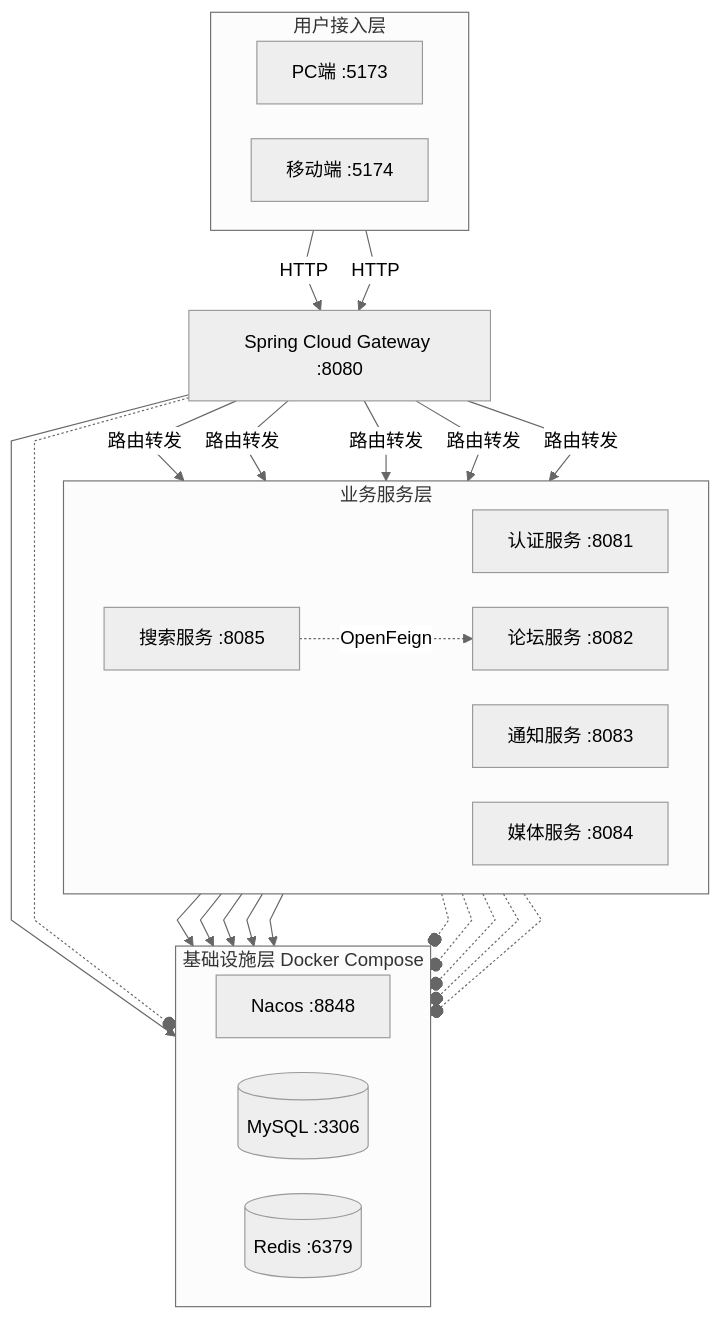
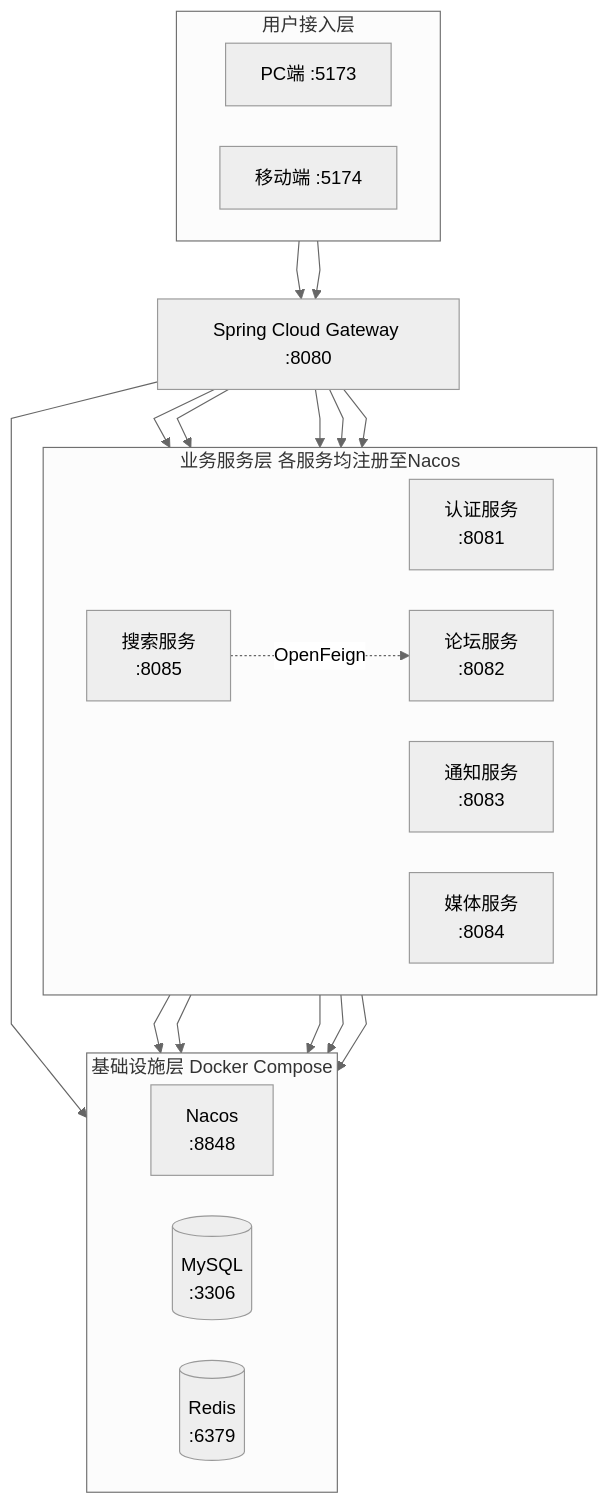
One commit to Wkjlovec/graduation_project_zhuang changed the diagram in docs/diagrams/fig4-1-deployment.mmd. Above: the diagram before and after it, drawn with Mermaid. The commit also changed 4 other files, not shown here.

Commit message:
docs: 4.1 去除Nacos注册虚线简化部署图, 路径通配符改为省略号

```diff
--- a/docs/diagrams/fig4-1-deployment.mmd
+++ b/docs/diagrams/fig4-1-deployment.mmd
@@ -1,46 +1,40 @@
-%%{init: {'theme': 'neutral', 'flowchart': {'curve': 'linear', 'rankSpacing': 45, 'nodeSpacing': 30}}}%%
+%%{init: {'theme': 'neutral', 'flowchart': {'curve': 'linear', 'rankSpacing': 50, 'nodeSpacing': 35}}}%%
 graph TB
     subgraph 用户接入层
         direction LR
         PC["PC端 :5173"]
         MOB["移动端 :5174"]
     end
 
     GW["Spring Cloud Gateway :8080"]
 
-    subgraph 业务服务层
+    subgraph 业务服务层 各服务均注册至Nacos
         direction LR
-        AUTH["认证服务 :8081"]
-        FORUM["论坛服务 :8082"]
-        NOTIFY["通知服务 :8083"]
-        MEDIA["媒体服务 :8084"]
-        SEARCH["搜索服务 :8085"]
+        AUTH["认证服务\n:8081"]
+        FORUM["论坛服务\n:8082"]
+        NOTIFY["通知服务\n:8083"]
+        MEDIA["媒体服务\n:8084"]
+        SEARCH["搜索服务\n:8085"]
     end
 
     subgraph 基础设施层 Docker Compose
         direction LR
-        NACOS["Nacos :8848"]
-        DB[("MySQL :3306")]
-        RD[("Redis :6379")]
+        NACOS["Nacos\n:8848"]
+        DB[("MySQL\n:3306")]
+        RD[("Redis\n:6379")]
     end
 
-    PC -->|HTTP| GW
-    MOB -->|HTTP| GW
-    GW -->|路由转发| AUTH
-    GW -->|路由转发| FORUM
-    GW -->|路由转发| NOTIFY
-    GW -->|路由转发| MEDIA
-    GW -->|路由转发| SEARCH
+    PC --> GW
+    MOB --> GW
+    GW --> AUTH
+    GW --> FORUM
+    GW --> NOTIFY
+    GW --> MEDIA
+    GW --> SEARCH
     SEARCH -.->|OpenFeign| FORUM
     AUTH --> DB
     FORUM --> DB
     NOTIFY --> DB
     AUTH --> RD
     FORUM --> RD
     GW --> RD
-    GW -.-o NACOS
-    AUTH -.-o NACOS
-    FORUM -.-o NACOS
-    NOTIFY -.-o NACOS
-    MEDIA -.-o NACOS
-    SEARCH -.-o NACOS
```
